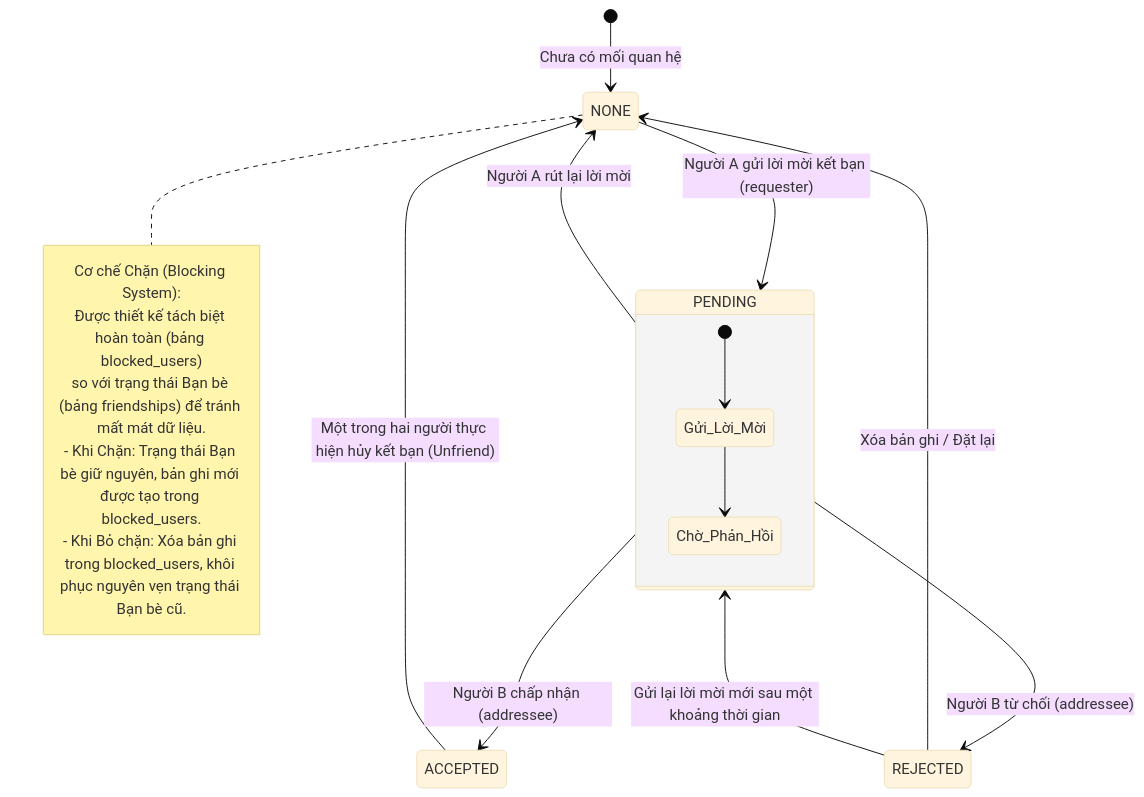
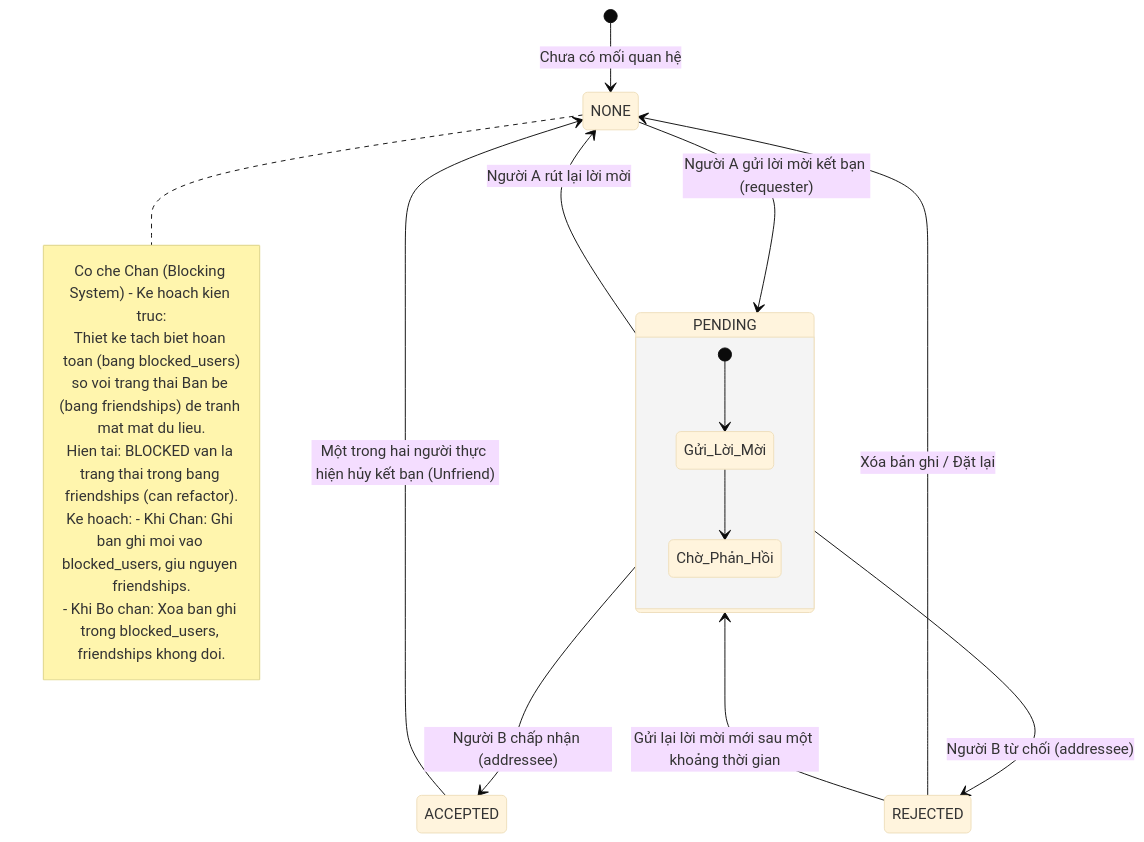
The diagram in docs/diagrams/friendship_state_machine.mmd (VUVANQUANIT/NexChat), drawn with Mermaid (base theme) before and after one commit. The commit also changed 9 other files, not shown here.

First line of the commit message:
fix(docs): resolve architecture review issues - idempotency, ERD, camelCase

```diff
--- a/docs/diagrams/friendship_state_machine.mmd
+++ b/docs/diagrams/friendship_state_machine.mmd
@@ -1,26 +1,27 @@
 stateDiagram-v2
     [*] --> NONE: Chưa có mối quan hệ
 
     NONE --> PENDING: Người A gửi lời mời kết bạn (requester)
     
     state PENDING {
         [*] --> Gửi_Lời_Mời
         Gửi_Lời_Mời --> Chờ_Phản_Hồi
     }
 
     PENDING --> ACCEPTED: Người B chấp nhận (addressee)
     PENDING --> REJECTED: Người B từ chối (addressee)
     PENDING --> NONE: Người A rút lại lời mời
 
     REJECTED --> PENDING: Gửi lại lời mời mới sau một khoảng thời gian
     REJECTED --> NONE: Xóa bản ghi / Đặt lại
 
     ACCEPTED --> NONE: Một trong hai người thực hiện hủy kết bạn (Unfriend)
     
     note right of NONE
-        Cơ chế Chặn (Blocking System):
-        Được thiết kế tách biệt hoàn toàn (bảng blocked_users)
-        so với trạng thái Bạn bè (bảng friendships) để tránh mất mát dữ liệu.
-        - Khi Chặn: Trạng thái Bạn bè giữ nguyên, bản ghi mới được tạo trong blocked_users.
-        - Khi Bỏ chặn: Xóa bản ghi trong blocked_users, khôi phục nguyên vẹn trạng thái Bạn bè cũ.
+        Co che Chan (Blocking System) - Ke hoach kien truc:
+        Thiet ke tach biet hoan toan (bang blocked_users)
+        so voi trang thai Ban be (bang friendships) de tranh mat mat du lieu.
+        Hien tai: BLOCKED van la trang thai trong bang friendships (can refactor).
+        Ke hoach: - Khi Chan: Ghi ban ghi moi vao blocked_users, giu nguyen friendships.
+                  - Khi Bo chan: Xoa ban ghi trong blocked_users, friendships khong doi.
     end note
```
